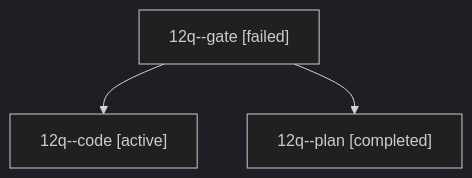
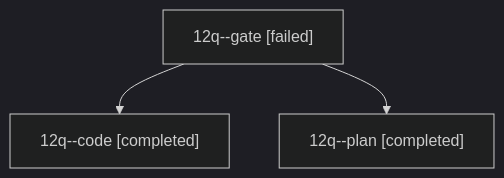
One commit to bobs-org/bob-cli--agents changed the diagram in sessions/bbugyi200.athena.12q.md. Above: the diagram before and after it, drawn with Mermaid (dark theme). The commit also changed other lines of this file and 22 other files, not shown here.

````diff
--- a/sessions/bbugyi200.athena.12q.md
+++ b/sessions/bbugyi200.athena.12q.md
@@ -9,8 +9,8 @@
 ```mermaid
 flowchart TD
   n0["12q--gate [failed]"]
-  n1["12q--code [active]"]
+  n1["12q--code [completed]"]
   n0 --> n1
   n2["12q--plan [completed]"]
   n0 --> n2
 ```
````
